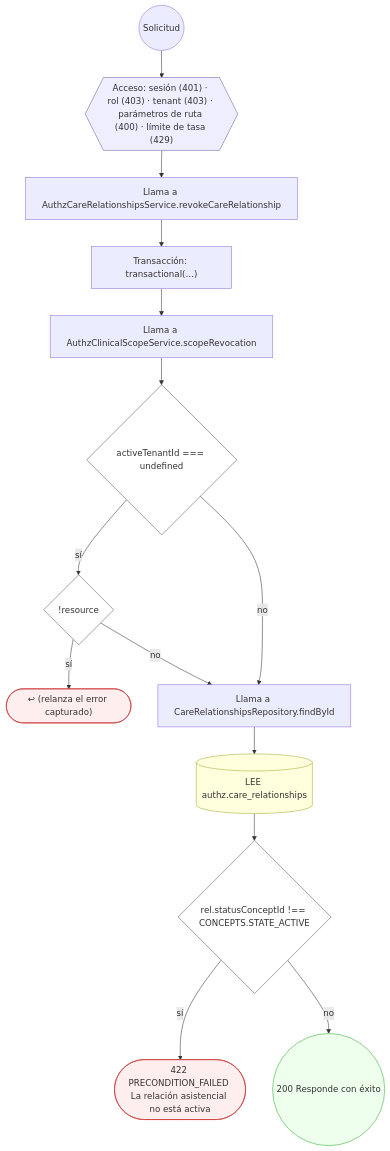
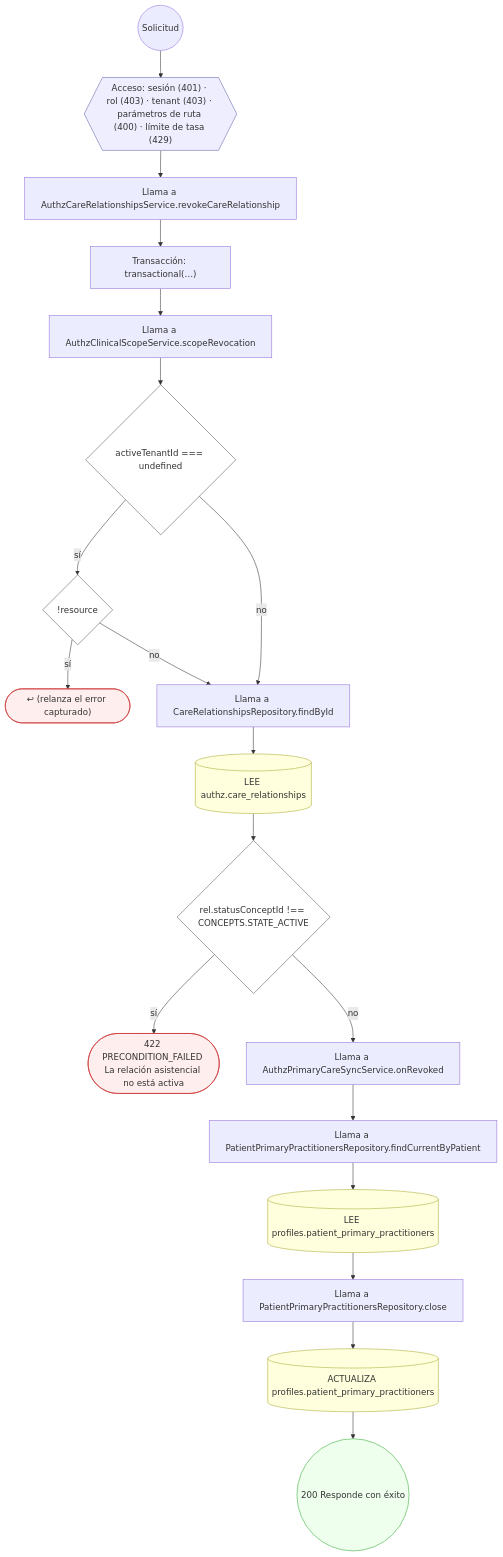
One commit to mdavila-2001/mantra-core-health-api changed the seventh of 44 diagrams in docs/inventario/flujos/authz.md. Above: the diagram before and after it, drawn with Mermaid. The commit also changed other lines of this file and 376 other files, not shown here.

````diff
--- a/docs/inventario/flujos/authz.md
+++ b/docs/inventario/flujos/authz.md
@@ -766,35 +883,45 @@
 ```mermaid
 flowchart TD
   n1(("Solicitud")):::inicio
   n2{{"Acceso: sesión (401) · rol (403) · tenant (403) · parámetros de ruta (400) · límite de tasa (429)"}}:::acceso
   n1 --> n2
   n3["Llama a AuthzCareRelationshipsService.revokeCareRelationship"]:::llamada
   n2 --> n3
   n4["Transacción: transactional(…)"]:::transaccion
   n3 --> n4
   n5["Llama a AuthzClinicalScopeService.scopeRevocation"]:::llamada
   n4 --> n5
   n6{"activeTenantId === undefined"}:::decision
   n5 --> n6
   n7{"!resource"}:::decision
   n6 -->|"sí"| n7
   n8(["↩ (relanza el error capturado)"]):::error
   n7 -->|"sí"| n8
   n9["Llama a CareRelationshipsRepository.findById"]:::llamada
   n7 -->|"no"| n9
   n6 -->|"no"| n9
   n10[("LEE authz.care_relationships")]:::efecto
   n9 --> n10
   n11{"rel.statusConceptId !== CONCEPTS.STATE_ACTIVE"}:::decision
   n10 --> n11
   n12(["422 PRECONDITION_FAILED La relación asistencial no está activa"]):::error
   n11 -->|"sí"| n12
-  n13(("200 Responde con éxito")):::ok
+  n13["Llama a AuthzPrimaryCareSyncService.onRevoked"]:::llamada
   n11 -->|"no"| n13
+  n14["Llama a PatientPrimaryPractitionersRepository.findCurrentByPatient"]:::llamada
+  n13 --> n14
+  n15[("LEE profiles.patient_primary_practitioners")]:::efecto
+  n14 --> n15
+  n16["Llama a PatientPrimaryPractitionersRepository.close"]:::llamada
+  n15 --> n16
+  n17[("ACTUALIZA profiles.patient_primary_practitioners")]:::efecto
+  n16 --> n17
+  n18(("200 Responde con éxito")):::ok
+  n17 --> n18
   classDef acceso fill:#eef,stroke:#66a
   classDef error fill:#fee,stroke:#c33
   classDef ok fill:#efe,stroke:#3a3
   classDef efecto fill:#ffd,stroke:#aa3
   classDef decision fill:#fff,stroke:#555
   classDef corte fill:#eee,stroke:#999,stroke-dasharray: 4
 ```
````
